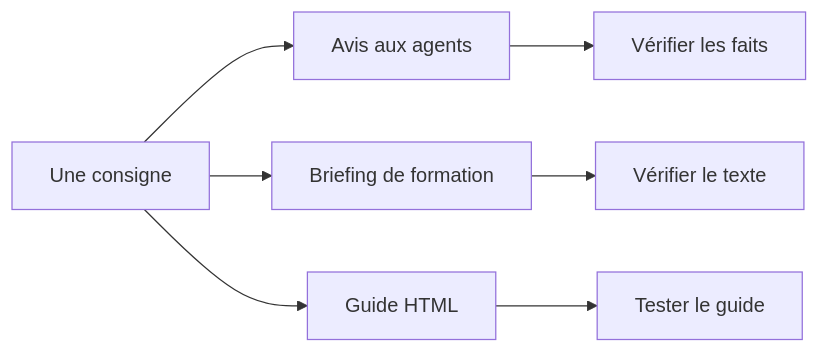
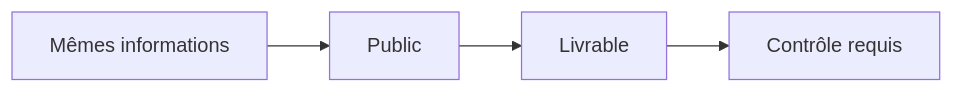
Before and after one commit to Ange230700/ibm-ai-foundations-for-everyone-notes: the diagram in teaching/visuals/s02/fr/formats.mmd, drawn with Mermaid. The commit also changed 7 other files, not shown here.

```diff
--- a/teaching/visuals/s02/fr/formats.mmd
+++ b/teaching/visuals/s02/fr/formats.mmd
@@ -1,7 +1,4 @@
 flowchart LR
- A["Une consigne"] --> B["Avis aux agents"]
- A --> C["Briefing de formation"]
- A --> D["Guide HTML"]
- B --> E["Vérifier les faits"]
- C --> F["Vérifier le texte"]
- D --> G["Tester le guide"]
+ A["Mêmes informations"] --> B["Public"]
+ B --> C["Livrable"]
+ C --> D["Contrôle requis"]
```
